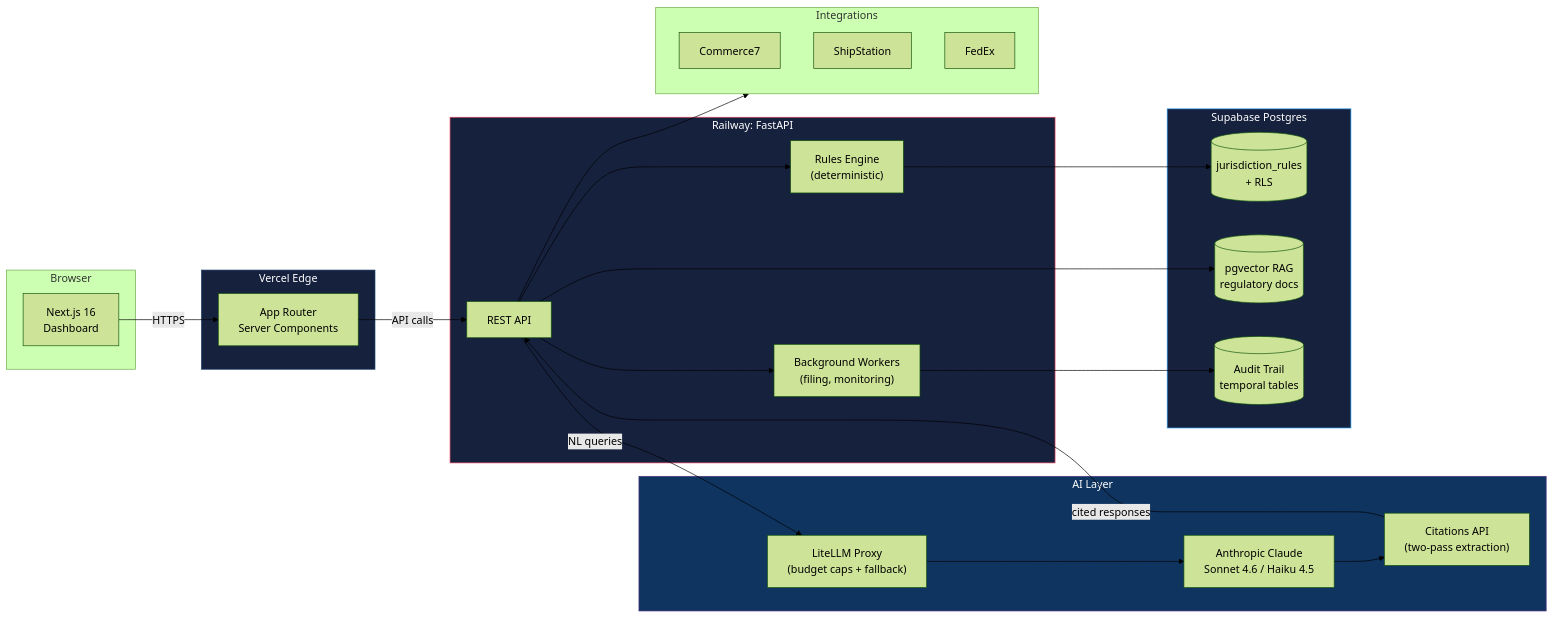
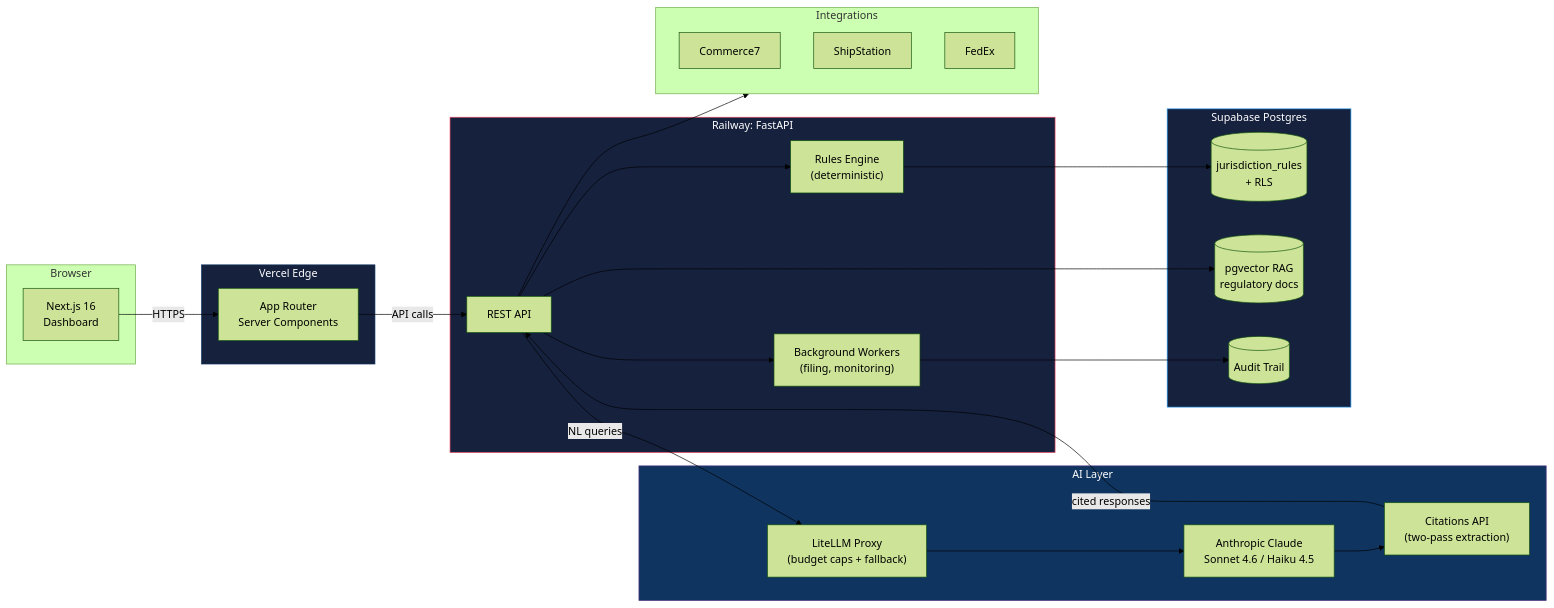
Before and after one commit to AIJSAI/ratify-showcase: the diagram in README.md, drawn with Mermaid (forest theme). The commit also changed other lines of this file, not shown here.

````diff
--- a/README.md
+++ b/README.md
@@ -28,52 +28,52 @@
 ```mermaid
 flowchart LR
     subgraph Client["Browser"]
         UI["Next.js 16<br/>Dashboard"]
     end
 
     subgraph VercelLayer["Vercel Edge"]
         Web["App Router<br/>Server Components"]
     end
 
     subgraph RailwayLayer["Railway: FastAPI"]
         API["REST API"]
         Rules["Rules Engine<br/>(deterministic)"]
         Workers["Background Workers<br/>(filing, monitoring)"]
     end
 
     subgraph LLM["AI Layer"]
         LiteLLM["LiteLLM Proxy<br/>(budget caps + fallback)"]
         Claude["Anthropic Claude<br/>Sonnet 4.6 / Haiku 4.5"]
         Cite["Citations API<br/>(two-pass extraction)"]
     end
 
     subgraph DB["Supabase Postgres"]
         Tenants[("jurisdiction_rules<br/>+ RLS")]
         Vec[("pgvector RAG<br/>regulatory docs")]
-        Audit[("Audit Trail<br/>temporal tables")]
+        Audit[("Audit Trail")]
     end
 
     subgraph Ext["Integrations"]
         Comm7["Commerce7"]
         SS["ShipStation"]
         FedEx["FedEx"]
     end
 
     UI -->|HTTPS| Web
     Web -->|API calls| API
     API --> Rules
     API --> Workers
     API -->|NL queries| LiteLLM
     LiteLLM --> Claude
     Claude --> Cite
     Cite -->|cited responses| API
     Rules --> Tenants
     API --> Vec
     Workers --> Audit
     API --> Ext
 
     style RailwayLayer fill:#16213e,stroke:#e94560,color:#fff
     style VercelLayer fill:#16213e,stroke:#0f3460,color:#fff
     style LLM fill:#0f3460,stroke:#533483,color:#fff
     style DB fill:#16213e,stroke:#2496ED,color:#fff
 ```
````
